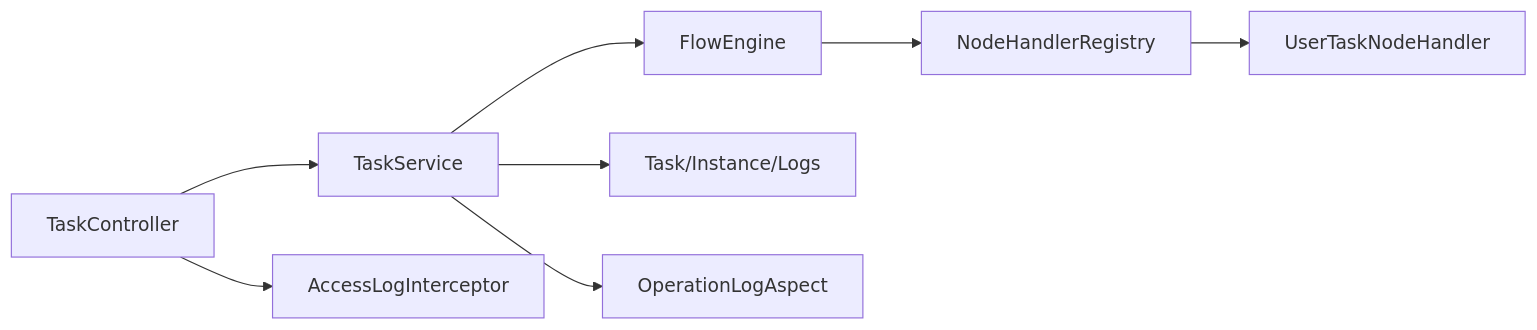
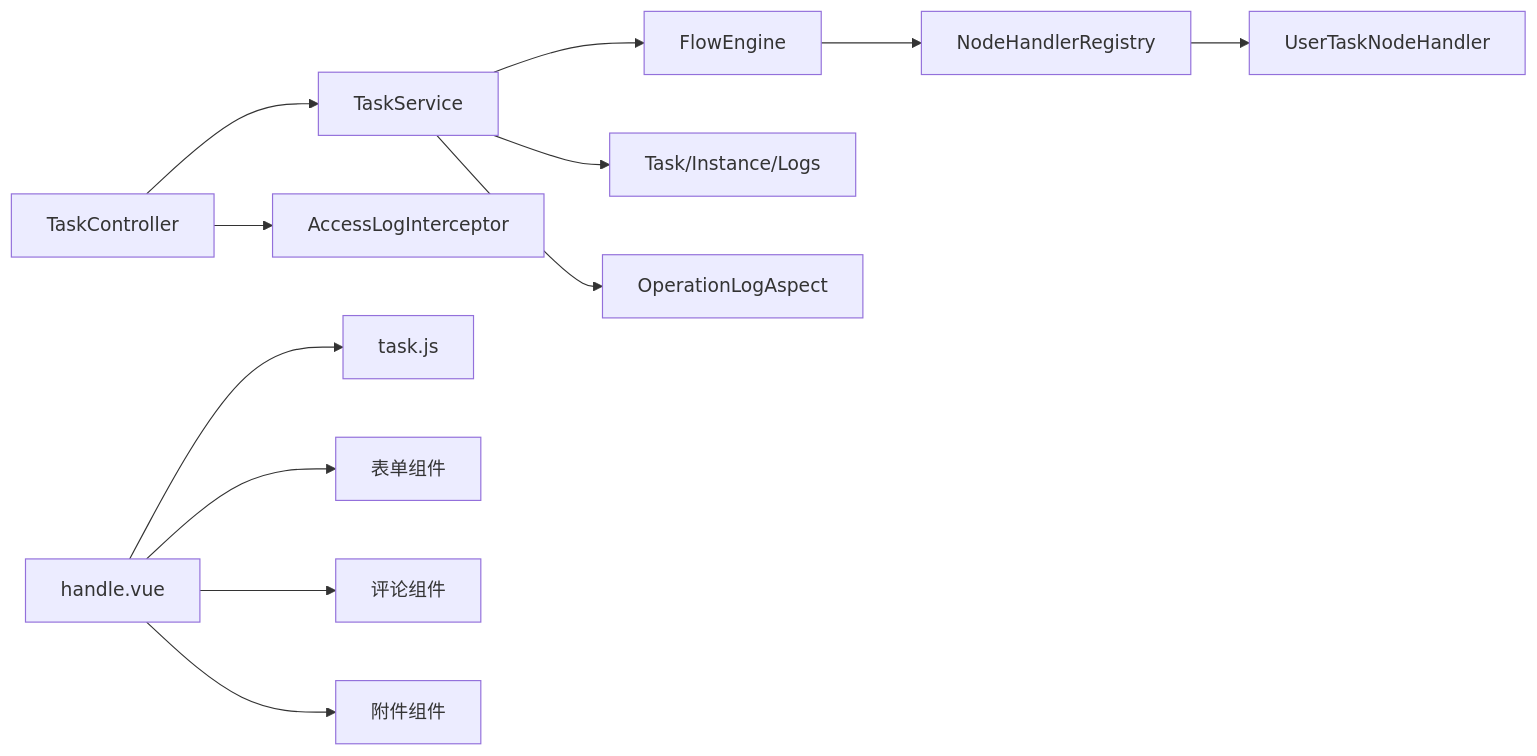
One commit to liming-lihaini/workflow changed the tenth of 10 diagrams in .qoder/repowiki/zh/content/任务管理/任务操作处理/任务操作处理.md. Above: the diagram before and after it, drawn with Mermaid. The commit also changed other lines of this file and 49 other files, not shown here.

````diff
--- a/.qoder/repowiki/zh/content/任务管理/任务操作处理/任务操作处理.md
+++ b/.qoder/repowiki/zh/content/任务管理/任务操作处理/任务操作处理.md
@@ -484,10 +537,14 @@
 ```mermaid
 graph LR
 Ctrl["TaskController"] --> Svc["TaskService"]
 Svc --> Eng["FlowEngine"]
 Eng --> Reg["NodeHandlerRegistry"]
 Reg --> Handler["UserTaskNodeHandler"]
 Svc --> DB["Task/Instance/Logs"]
 Ctrl --> Inter["AccessLogInterceptor"]
 Svc --> Aspect["OperationLogAspect"]
+Handle["handle.vue"] --> Api["task.js"]
+Handle --> Form["表单组件"]
+Handle --> Comment["评论组件"]
+Handle --> File["附件组件"]
 ```
````
